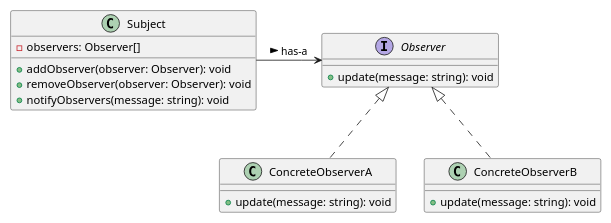
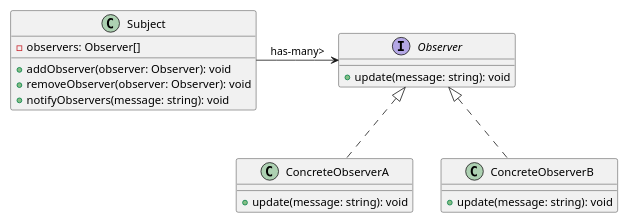
One commit to MC-Spraint/DSA-IN_TS-2024 changed the second of 11 diagrams in interview_prep/diagram.md. Above: the diagram before and after it, drawn with PlantUML. The commit also changed other lines of this file and 13 other files, not shown here.

```diff
--- a/interview_prep/diagram.md
+++ b/interview_prep/diagram.md
@@ -39,26 +39,26 @@
 @startuml
 scale 0.8
 interface Observer {
   + update(message: string): void
 }
 
 class Subject {
   - observers: Observer[]
   + addObserver(observer: Observer): void
   + removeObserver(observer: Observer): void
   + notifyObservers(message: string): void
 }
 
 class ConcreteObserverA {
   + update(message: string): void
 }
 
 class ConcreteObserverB {
   + update(message: string): void
 }
 
 Observer <|.. ConcreteObserverA
 Observer <|.. ConcreteObserverB
 
-Subject -right-> Observer : has-a >
+Subject -right-> Observer : has-many>
 @enduml
```
